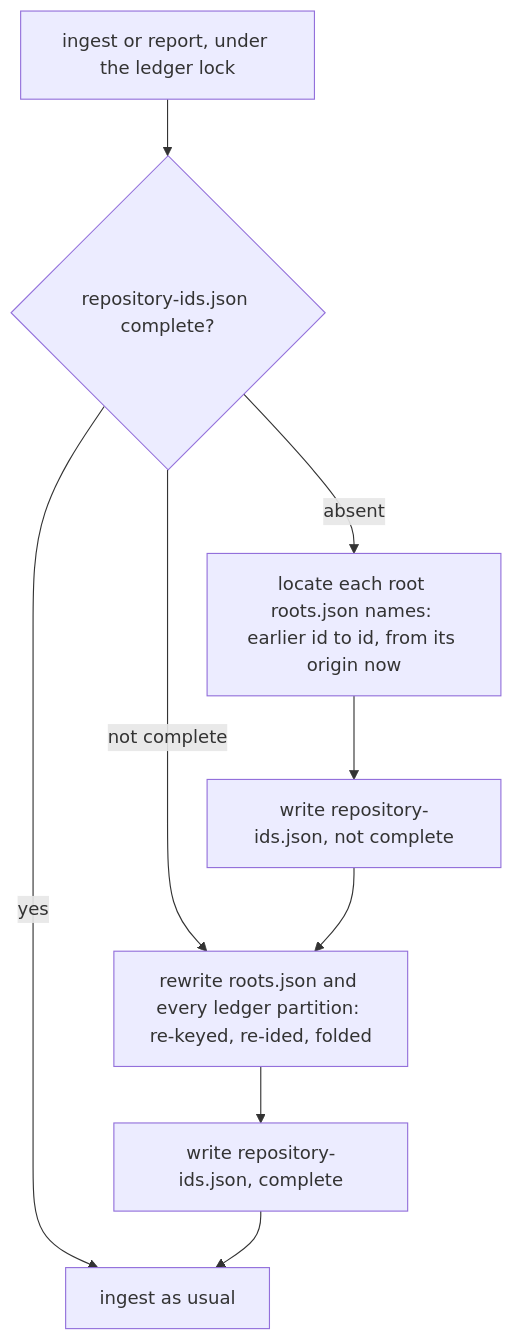
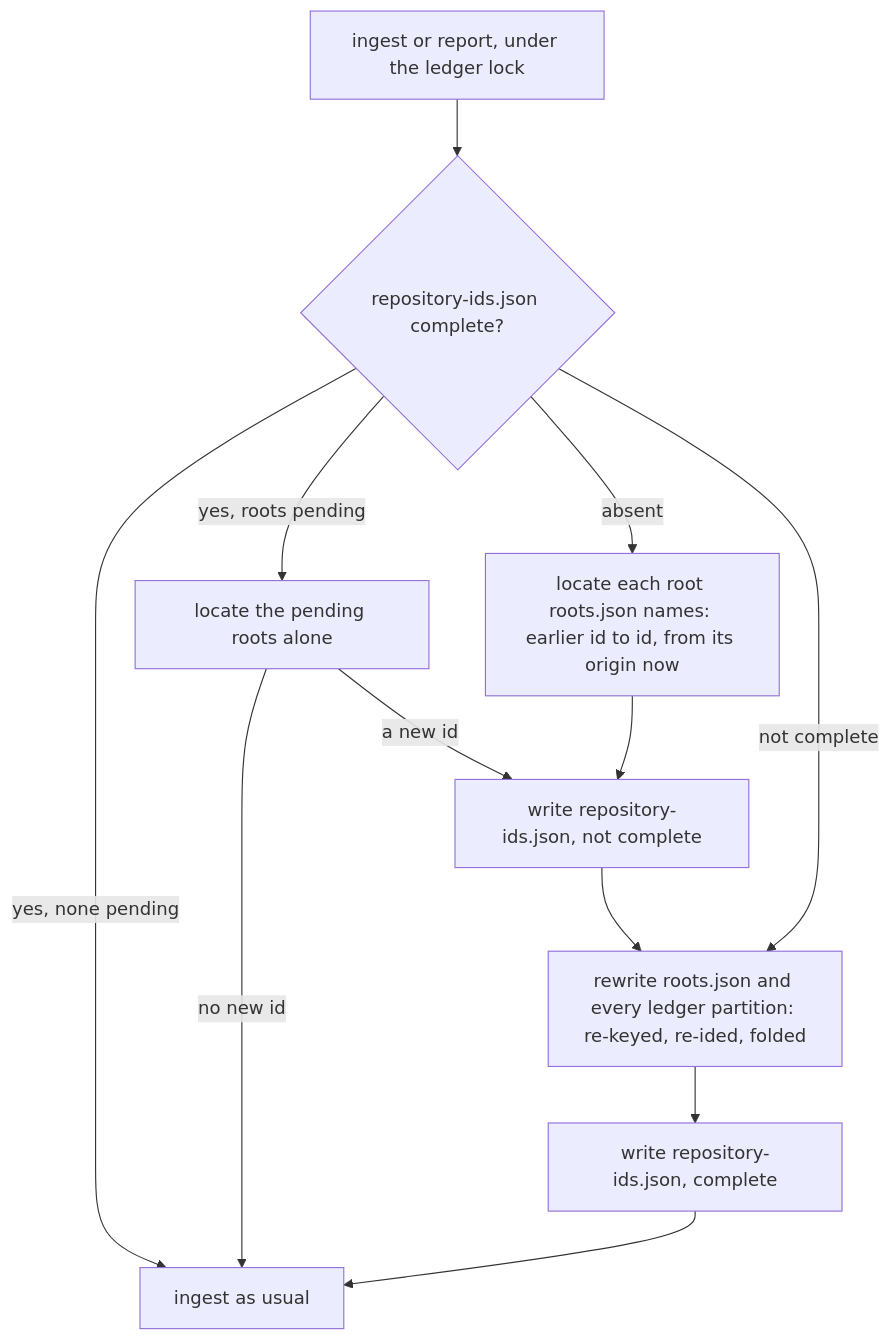
One commit to ai-driven-dev/framework changed the diagram in aidd_docs/tasks/2026_10/2026_10_17_one-call-one-key-one-repository-one-id/contract.md. Above: the diagram before and after it, drawn with Mermaid. The commit also changed other lines of this file and 4 other files, not shown here.

First line of the commit message:
docs(telemetry): the older-CLI limit, pending roots, measured store cost

````diff
--- a/aidd_docs/tasks/2026_10/2026_10_17_one-call-one-key-one-repository-one-id/contract.md
+++ b/aidd_docs/tasks/2026_10/2026_10_17_one-call-one-key-one-repository-one-id/contract.md
@@ -56,11 +56,14 @@
 ```mermaid
 flowchart TD
   S["ingest or report, under the ledger lock"] --> J{"repository-ids.json complete?"}
-  J -->|yes| I["ingest as usual"]
+  J -->|"yes, none pending"| I["ingest as usual"]
+  J -->|"yes, roots pending"| P["locate the pending roots alone"]
+  P -->|"no new id"| I
+  P -->|"a new id"| W1
   J -->|absent| M["locate each root roots.json names: earlier id to id, from its origin now"]
   M --> W1["write repository-ids.json, not complete"]
   J -->|not complete| R
   W1 --> R["rewrite roots.json and every ledger partition: re-keyed, re-ided, folded"]
   R --> W2["write repository-ids.json, complete"]
   W2 --> I
 ```
````
